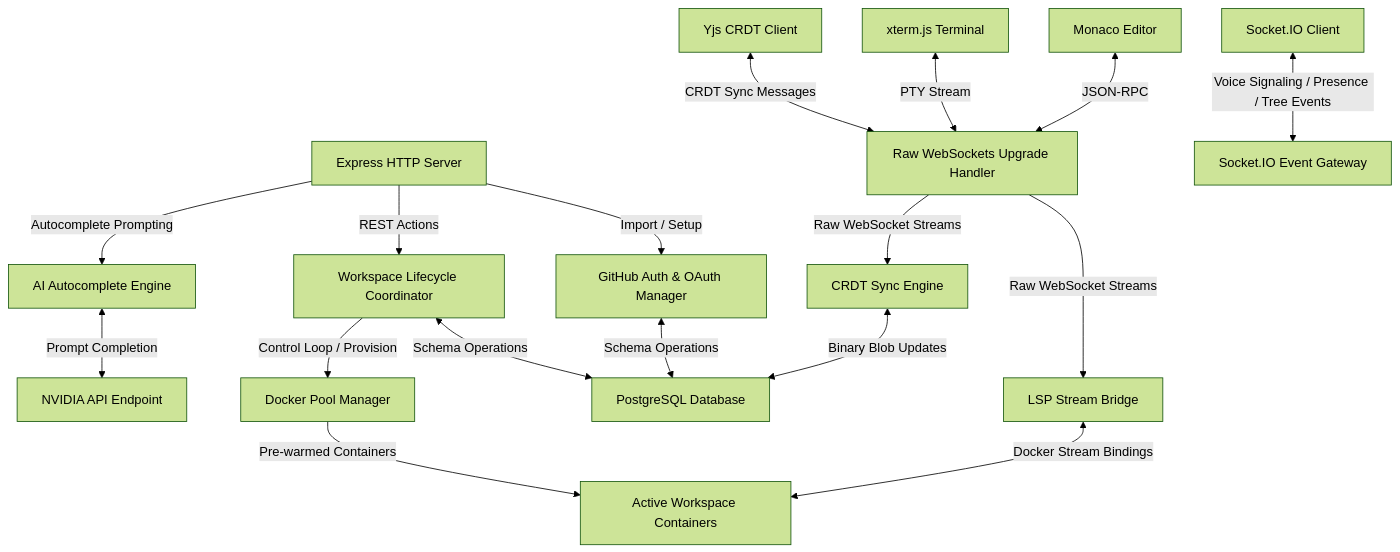
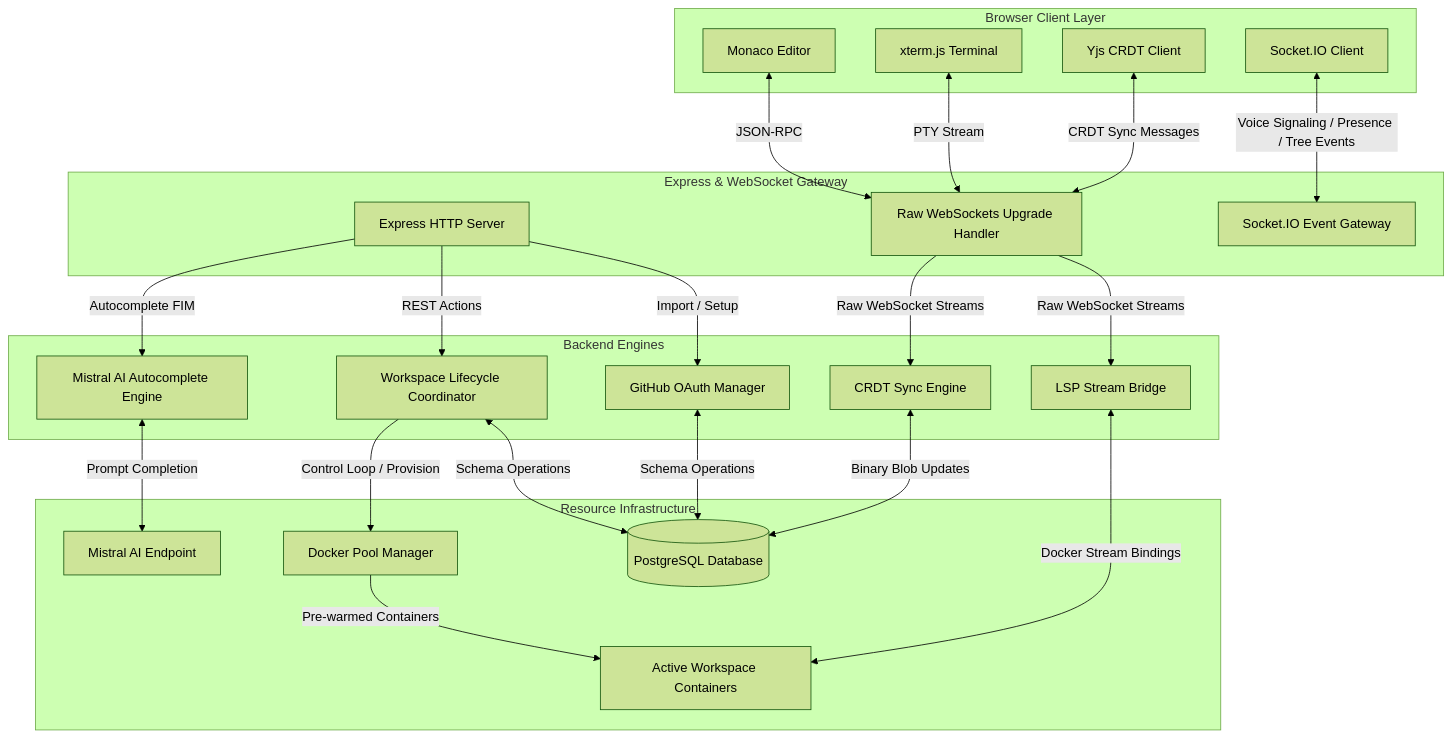
Before and after one commit to AmanKashyapp07/NexusIDE: the diagram in README.md, drawn with Mermaid (forest theme). The commit also changed other lines of this file and 11 other files, not shown here.

Commit message:
feat: implement file timelapse replayer with backend history endpoint and frontend UI integration.

````diff
--- a/README.md
+++ b/README.md
@@ -72,46 +58,52 @@
 ```mermaid
 graph TD
     %% Browser Layer
-    A1[Monaco Editor]
-    A2[xterm.js Terminal]
-    A3[Yjs CRDT Client]
-    A4[Socket.IO Client]
+    subgraph Client [Browser Client Layer]
+        A1[Monaco Editor]
+        A2[xterm.js Terminal]
+        A3[Yjs CRDT Client]
+        A4[Socket.IO Client]
+    end
 
     %% Gateway Layer
-    B1[Express HTTP Server]
-    B2[Raw WebSockets Upgrade Handler]
-    B3[Socket.IO Event Gateway]
+    subgraph Gateway [Express & WebSocket Gateway]
+        B1[Express HTTP Server]
+        B2[Raw WebSockets Upgrade Handler]
+        B3[Socket.IO Event Gateway]
+    end
 
-    %% Business Logic
-    C1[GitHub Auth & OAuth Manager]
-    C2[Workspace Lifecycle Coordinator]
-    C3[LSP Stream Bridge]
-    C4[AI Autocomplete Engine]
-    C5[CRDT Sync Engine]
+    %% Business Logic Layer
+    subgraph Logic [Backend Engines]
+        C1[GitHub OAuth Manager]
+        C2[Workspace Lifecycle Coordinator]
+        C3[LSP Stream Bridge]
+        C4[Mistral AI Autocomplete Engine]
+        C5[CRDT Sync Engine]
+    end
 
     %% Resource Layer
-    D1[PostgreSQL Database]
-    D2[Docker Pool Manager]
-    D3[Active Workspace Containers]
-    D4[NVIDIA API Endpoint]
+    subgraph Infrastructure [Resource Infrastructure]
+        D1[(PostgreSQL Database)]
+        D2[Docker Pool Manager]
+        D3[Active Workspace Containers]
+        D4[Mistral AI Endpoint]
+    end
 
-    %% Client to Gateway Connections
+    %% Connections
     A1 <-->|JSON-RPC| B2
     A2 <-->|PTY Stream| B2
     A3 <-->|CRDT Sync Messages| B2
     A4 <-->|Voice Signaling / Presence / Tree Events| B3
 
-    %% Gateway to Logic Routing
     B1 -->|Import / Setup| C1
     B1 -->|REST Actions| C2
     B2 -->|Raw WebSocket Streams| C3 & C5
-    B1 -->|Autocomplete Prompting| C4
+    B1 -->|Autocomplete FIM| C4
 
-    %% Logic to Infrastructure / Resource Connections
     C1 & C2 <-->|Schema Operations| D1
     C2 -->|Control Loop / Provision| D2
     D2 -->|Pre-warmed Containers| D3
     C3 <-->|Docker Stream Bindings| D3
     C4 <-->|Prompt Completion| D4
     C5 <-->|Binary Blob Updates| D1
 ```
````
